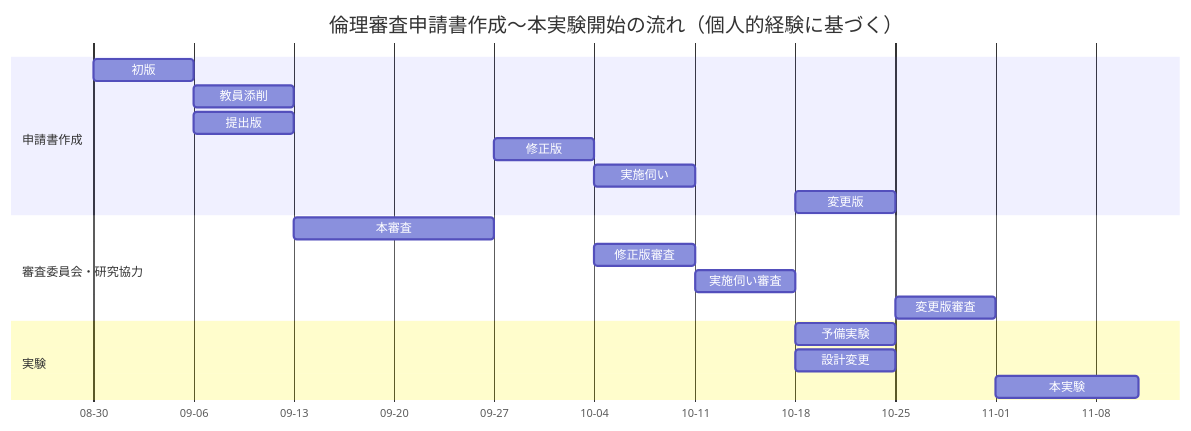
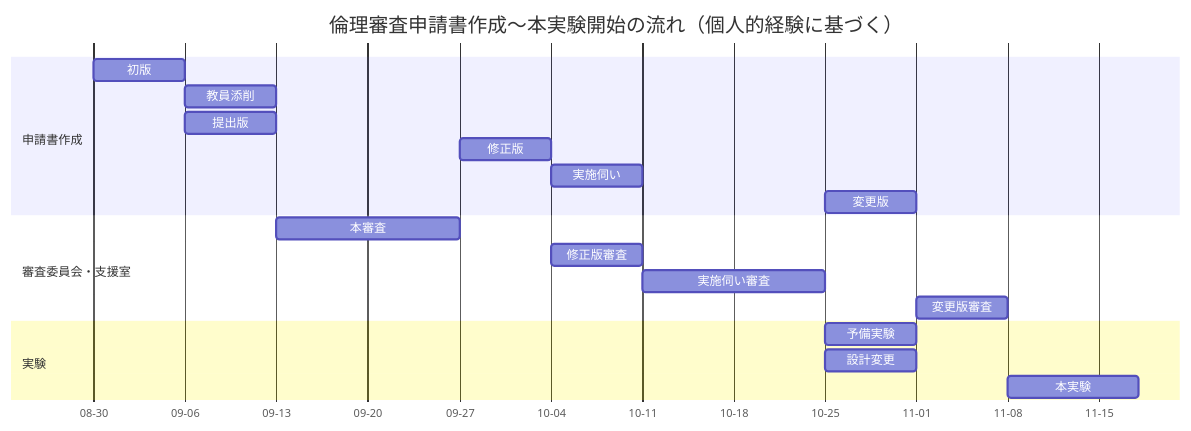
The diagram in research/user-study/ethics-timeline.mmd (hideojoho/docs), drawn with Mermaid before and after one commit. The commit also changed other lines of this file, not shown here.

```diff
--- a/research/user-study/ethics-timeline.mmd
+++ b/research/user-study/ethics-timeline.mmd
@@ -1,21 +1,21 @@
 gantt
     title 倫理審査申請書作成～本実験開始の流れ（個人的経験に基づく）
     dateFormat  YYYY-MM-DD
     axisFormat  %m-%d
     todayMarker off
     section 申請書作成
     初版              :a1, 2020-08-30, 7d
     教員添削          :a2, after a1, 7d
     提出版            :a3, after a1, 7d
     修正版            :a4, after c1, 7d
     実施伺い          :a5, after a4, 7d
     変更版            :a6, after c3, 7d
-    section 審査委員会・研究協力
+    section 審査委員会・支援室
     本審査            :c1, after a2, 14d
     修正版審査            :c2, after a4, 7d
-    実施伺い審査        :c3, after a5, 7d
+    実施伺い審査        :c3, after a5, 14d
     変更版審査            :c4, after a6, 7d
     section 実験
     予備実験          :e1, after c3, 7d
     設計変更          :e2, after c3, 7d
     本実験            :e3, after c4, 10d
```
